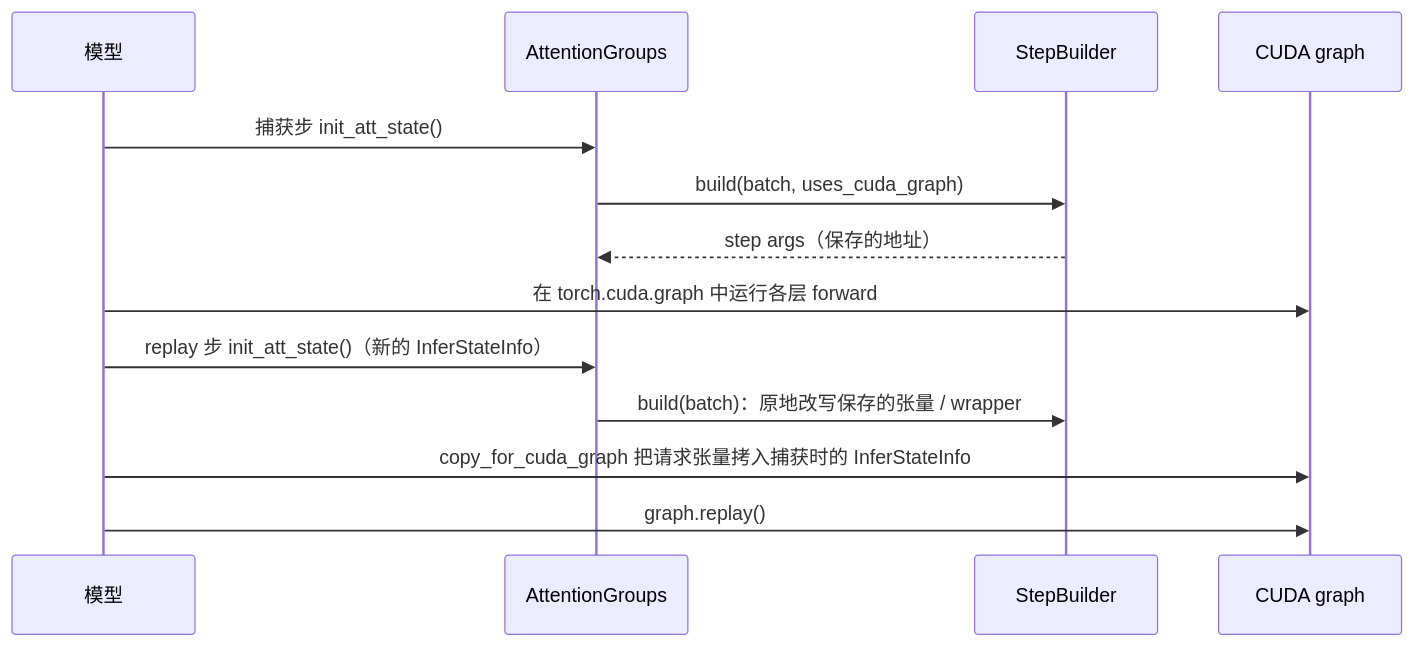
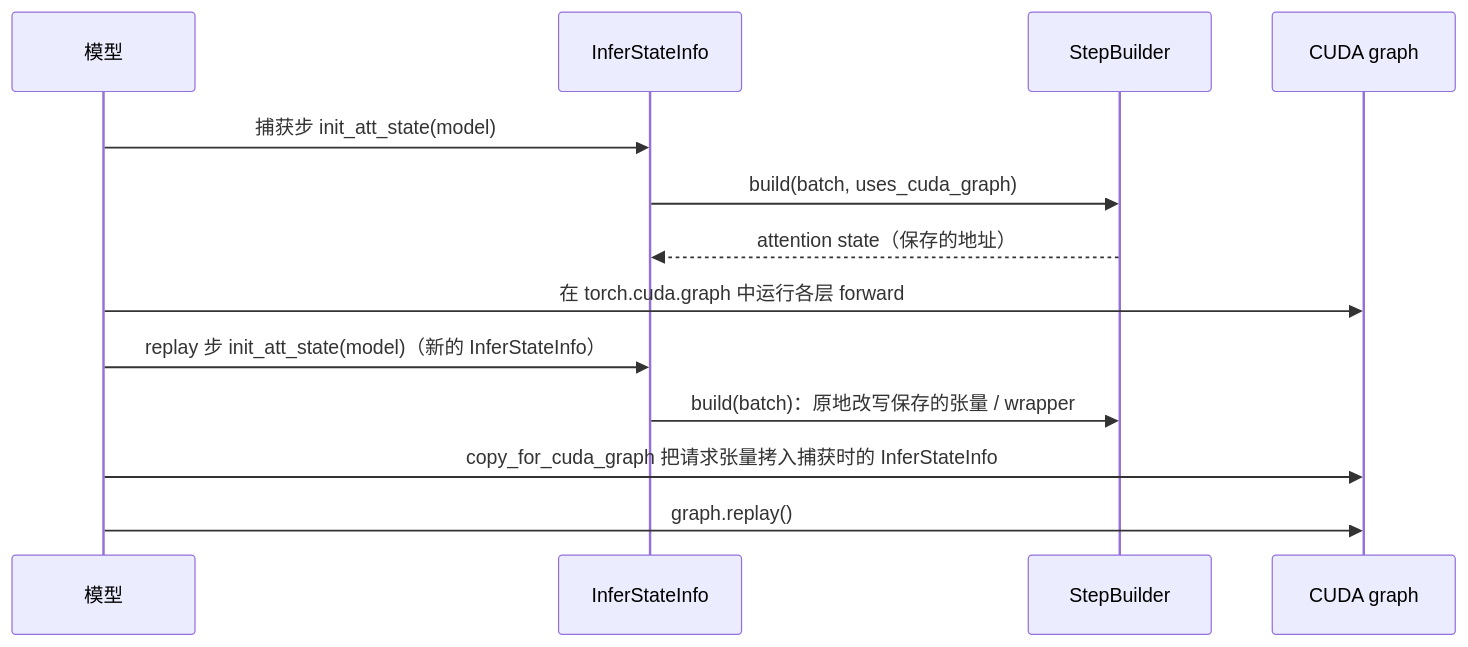
Before and after one commit to ModelTC/LightLLM: the second of 2 diagrams in docs/CN/source/framework/attention_backend_design.md, drawn with Mermaid. The commit also changed other lines of this file and 92 other files, not shown here.

````diff
--- a/docs/CN/source/framework/attention_backend_design.md
+++ b/docs/CN/source/framework/attention_backend_design.md
@@ -203,15 +192,15 @@
 ```mermaid
 sequenceDiagram
     participant M as 模型
-    participant A as AttentionGroups
+    participant A as InferStateInfo
     participant B as StepBuilder
     participant G as CUDA graph
-    M->>A: 捕获步 init_att_state()
+    M->>A: 捕获步 init_att_state(model)
     A->>B: build(batch, uses_cuda_graph)
-    B-->>A: step args（保存的地址）
+    B-->>A: attention state（保存的地址）
     M->>G: 在 torch.cuda.graph 中运行各层 forward
-    M->>A: replay 步 init_att_state()（新的 InferStateInfo）
+    M->>A: replay 步 init_att_state(model)（新的 InferStateInfo）
     A->>B: build(batch)：原地改写保存的张量 / wrapper
     M->>G: copy_for_cuda_graph 把请求张量拷入捕获时的 InferStateInfo
     M->>G: graph.replay()
 ```
````
